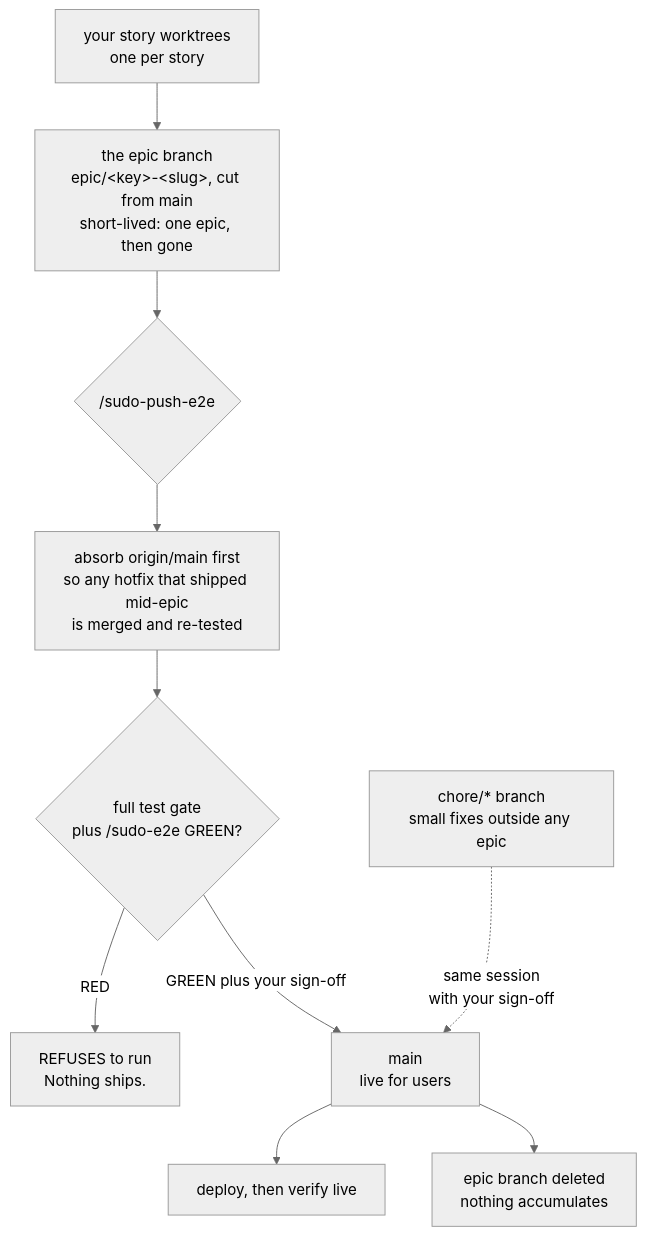
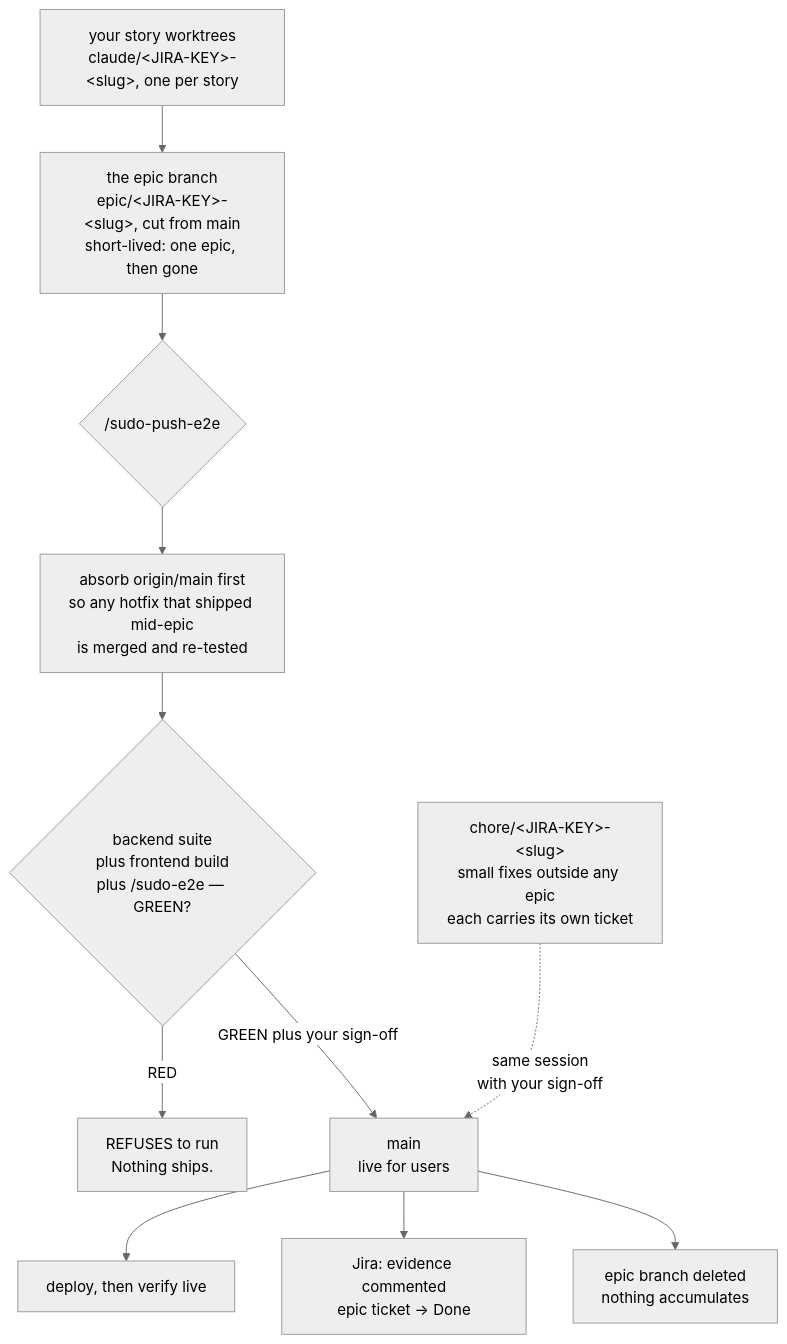
Before and after one commit to sudomadhatter/Sudo_Hatter_Command: the fifth of 8 diagrams in _my_resources/_quick_reference/sudo_workflows_testing.md, drawn with Mermaid (neutral theme). The commit also changed other lines of this file and 1 other file, not shown here.

First line of the commit message:
docs(sop): SCC-30 quick-reference PRD + git walkthrough to the Jira-era standard

````diff
--- a/_my_resources/_quick_reference/sudo_workflows_testing.md
+++ b/_my_resources/_quick_reference/sudo_workflows_testing.md
@@ -296,12 +311,13 @@
 ```mermaid
 flowchart TD
-    DEV["your story worktrees\none per story"] --> EPIC["the epic branch\nepic/&lt;key&gt;-&lt;slug&gt;, cut from main\nshort-lived: one epic, then gone"]
+    DEV["your story worktrees\nclaude/&lt;JIRA-KEY&gt;-&lt;slug&gt;, one per story"] --> EPIC["the epic branch\nepic/&lt;JIRA-KEY&gt;-&lt;slug&gt;, cut from main\nshort-lived: one epic, then gone"]
     EPIC --> SHIP{"/sudo-push-e2e"}
     SHIP --> SYNC["absorb origin/main first\nso any hotfix that shipped mid-epic\nis merged and re-tested"]
-    SYNC --> GATE{"full test gate\nplus /sudo-e2e GREEN?"}
+    SYNC --> GATE{"backend suite\nplus frontend build\nplus /sudo-e2e — GREEN?"}
     GATE -- "RED" --> STOP["REFUSES to run\nNothing ships."]
     GATE -- "GREEN plus your sign-off" --> MAIN["main\nlive for users"]
     MAIN --> DEPLOY["deploy, then verify live"]
+    MAIN --> TICKET["Jira: evidence commented\nepic ticket → Done"]
     MAIN --> DEL["epic branch deleted\nnothing accumulates"]
-    CHORE["chore/* branch\nsmall fixes outside any epic"] -.->|"same session\nwith your sign-off"| MAIN
+    CHORE["chore/&lt;JIRA-KEY&gt;-&lt;slug&gt;\nsmall fixes outside any epic\neach carries its own ticket"] -.->|"same session\nwith your sign-off"| MAIN
 ```
````
